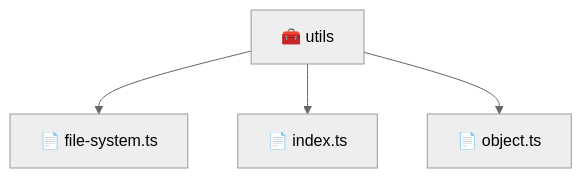
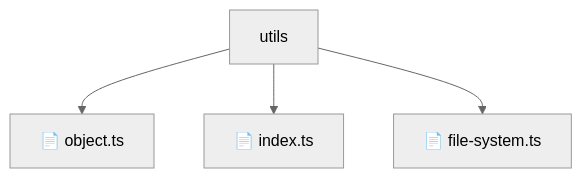
One commit to beginwebdev2002/fullstack-mavluda changed the diagram in backend/src/common/utils/README.md. Above: the diagram before and after it, drawn with Mermaid (neutral theme). The commit also changed other lines of this file and 155 other files, not shown here.

````diff
--- a/backend/src/common/utils/README.md
+++ b/backend/src/common/utils/README.md
@@ -9,7 +14,7 @@
 ```mermaid
 graph TD
-  Root["🧰 utils"]
-  Root --> filesystemts["📄 file-system.ts"]
-  Root --> indexts["📄 index.ts"]
-  Root --> objectts["📄 object.ts"]
+    Root[utils]
+    Root --> F0[📄 object.ts]
+    Root --> F1[📄 index.ts]
+    Root --> F2[📄 file-system.ts]
 ```
````
